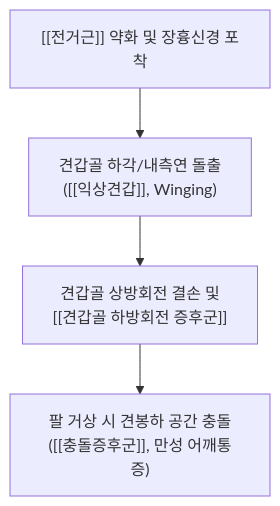
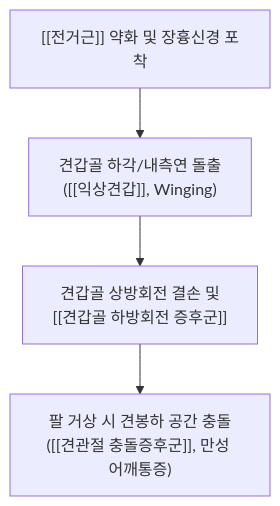
One commit to simbio11/simbio-digital-garden2 changed the first of 2 diagrams in content/1. 근골격계 공부/근육/(4) 어깨/전거근.md. Above: the diagram before and after it, drawn with Mermaid. The commit also changed other lines of this file and 487 other files, not shown here.

````diff
--- a/content/1. 근골격계 공부/근육/(4) 어깨/전거근.md
+++ b/content/1. 근골격계 공부/근육/(4) 어깨/전거근.md
@@ -42,6 +47,9 @@
 ```mermaid
 graph TD
-    SerratusWeak["[[전거근]] 약화 및 장흉신경 포착"] --> ScapularWing["견갑골 하각/내측연 돌출\n([[익상견갑]], Winging)"]
-    ScapularWing --> DownwardRot["견갑골 상방회전 결손 및\n[[견갑골 하방회전 증후군]]"]
-    DownwardRot --> Impingement["팔 거상 시 견봉하 공간 충돌\n([[충돌증후군]], 만성 어깨통증)"]
+    SerratusWeak["[[전거근]] 약화 및 장흉신경 포착"] --> ScapularWing["견갑골 하각/내측연 돌출
+([[익상견갑]], Winging)"]
+    ScapularWing --> DownwardRot["견갑골 상방회전 결손 및
+[[견갑골 하방회전 증후군]]"]
+    DownwardRot --> Impingement["팔 거상 시 견봉하 공간 충돌
+([[견관절 충돌증후군]], 만성 어깨통증)"]
 ```
````
